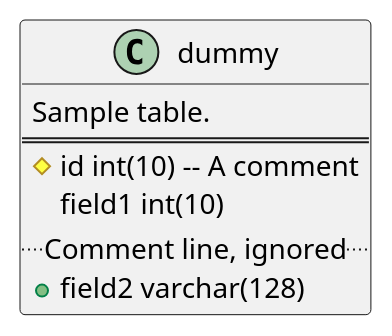
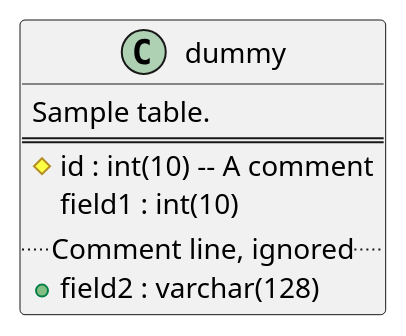
The diagram in docs/Php/Puml2sqlite/README.md (Clicketyclick/TipsAndTricks), drawn with PlantUML before and after one commit. The commit also changed other lines of this file, not shown here.

````diff
--- a/docs/Php/Puml2sqlite/README.md
+++ b/docs/Php/Puml2sqlite/README.md
@@ -4,14 +4,14 @@
 ```puml
 @startuml
 
 class dummy {
   Sample table.
   ==
-  #id int(10) -- A comment
-  field1 int(10)
+  #id : int(10) -- A comment
+  field1 : int(10)
   .. Comment line, ignored ..
-  +field2 varchar(128)
+  +field2 : varchar(128)
 }
 
 @enduml
 ```
````
